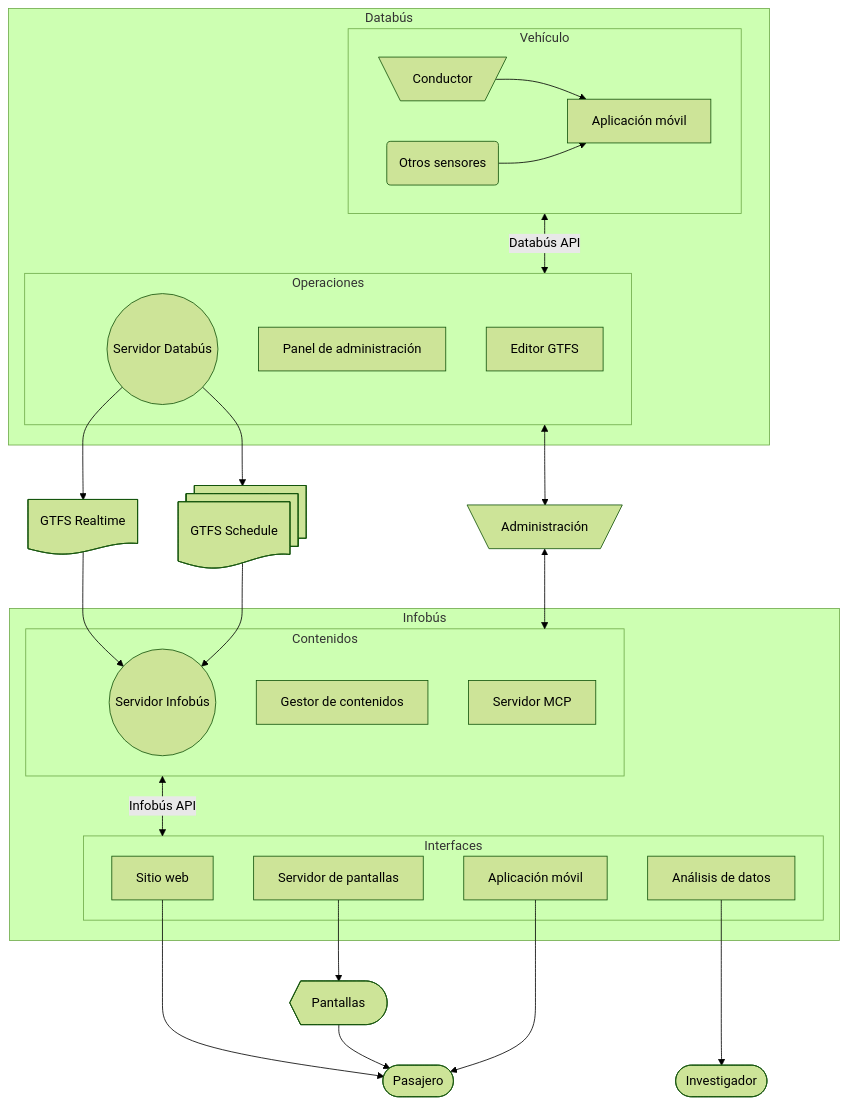
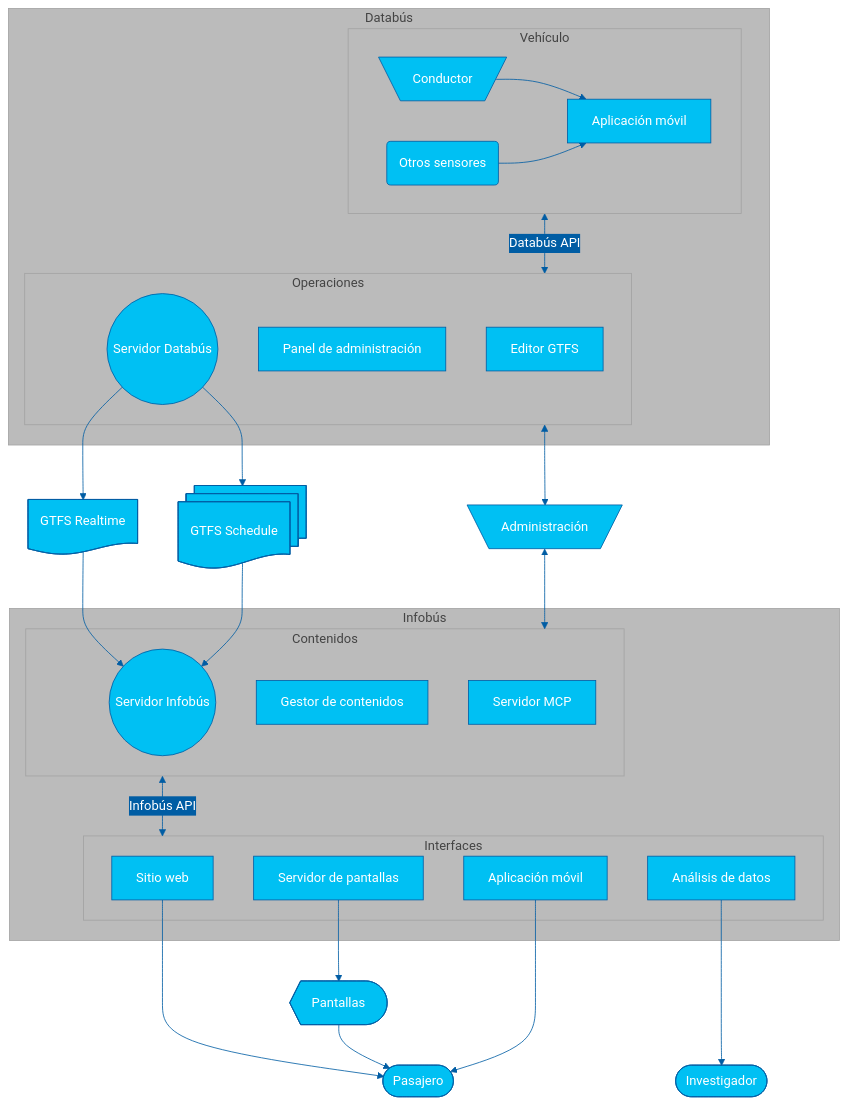
The diagram in profile/README.md (simovilab/.github), drawn with Mermaid before and after one commit.

Commit message:
Nuevos colores del diagrama

````diff
--- a/profile/README.md
+++ b/profile/README.md
@@ -30,59 +30,71 @@
 ```mermaid
-%%{init: {'theme':'forest'}}%%
+%%{
+  init: {
+    'theme': 'base',
+    'themeVariables': {
+      'primaryColor': '#00C0F3',
+      'primaryTextColor': '#fff',
+      'primaryBorderColor': '#005DA4',
+      'lineColor': '#005DA4',
+      'secondaryColor': '#005DA4',
+      'tertiaryColor': '#BBBBBB'
+    }
+  }
+}%%
 flowchart TD
     subgraph Databús
         subgraph Vehículo
             OPE@{ shape: manual, label: "Conductor"}
             SEN@{ shape: event, label: "Otros sensores"}
             OBE[Aplicación móvil]
         end
         subgraph Operaciones
             GTFS[Editor GTFS]
             DCMS[Panel de administración]
             DAT((Servidor Databús))
         end
     end
 
     SC@{ shape: docs, label: "GTFS Schedule"}
     RT@{ shape: doc, label: "GTFS Realtime"}
     ADM@{ shape: manual, label: "Administración"}
 
     subgraph Infobús
         subgraph Contenidos
             INF((Servidor Infobús))
             ICMS[Gestor de contenidos]
             MCP[Servidor MCP]
         end
         subgraph Interfaces
             WEB[Sitio web]
             SSC[Servidor de pantallas]
             APP[Aplicación móvil]
             ANA[Análisis de datos]
         end
 
     end
     SCR@{ shape: display, label: "Pantallas"}
     PAS@{ shape: terminal, label: "Pasajero"}
     RES@{ shape: terminal, label: "Investigador"}
 
 OPE --> OBE
 SEN --> OBE
 Vehículo <--Databús API--> Operaciones
 DAT --> RT
 DAT --> SC
 
 RT --> INF
 SC --> INF
 
 Contenidos <--Infobús API--> Interfaces
 
 WEB --> PAS
 SSC --> SCR
 SCR --> PAS
 APP --> PAS
 ANA ---> RES
 
 Operaciones <--> ADM
 ADM <--> Contenidos
 
 ```
````
